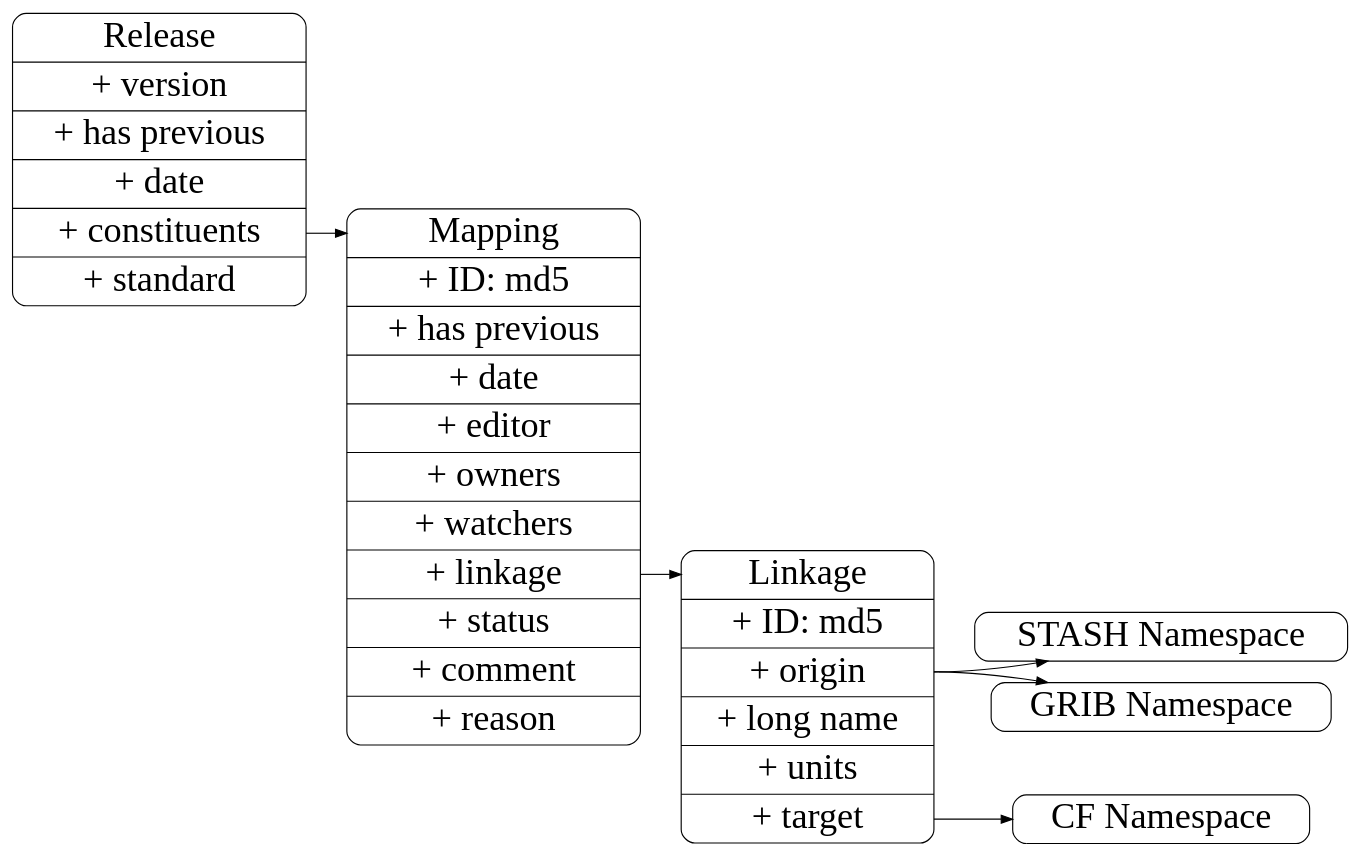
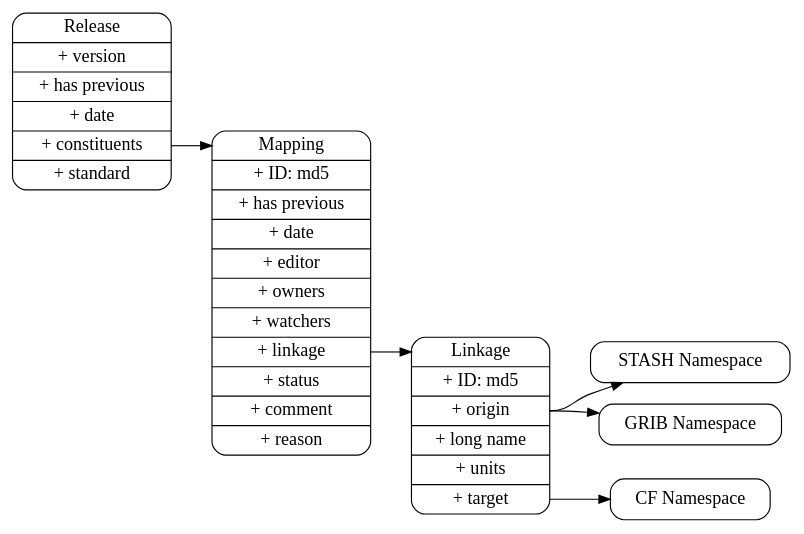
Before and after one commit to wizardstoy/docs: the diagram in source/design/shards.dot, drawn with Graphviz. The commit also changed 1 other file, not shown here.

Commit message:
decreased the fontsize by half to make the images in better proportion to the page.

```diff
--- a/source/design/shards.dot
+++ b/source/design/shards.dot
@@ -1,55 +1,55 @@
 digraph shards {
 
 ## basic setup 
 
    	rankdir = LR;
         node [
-        fontsize = 32,
+        fontsize = 16,
         shape = Mrecord
         ];
 
         edge [
-        fontsize = 24
+        fontsize = 12
         ];
 
 ## class definitions
 
         mapping [
 	label = "<title> Linkage |+ ID: md5 |<origin>+ origin |+ long name |+ units|<target>+ target "
 	];
 
 	provenance [
 	label = "<title> Mapping |+ ID: md5 |+ has previous |+ date |+ editor |+ owners |+ watchers|<plink>+ linkage|+ status |+ comment|+ reason"
 	];
 
 	release [
 	label = "<title> Release |+ version|+ has previous|+ date|<con>+ constituents|+ standard"
 	];
 
 	cf [
 	label = "CF Namespace"
 	];
 
 	stash [
 	label = "STASH Namespace"
 	];
 
 	grib [
 	label = "GRIB Namespace"
 	];
 
 
 
 ## relations
 
 	provenance:plink -> mapping:title;
 
 	release:con -> provenance:title
 
 	mapping:target -> cf
 
 	mapping:origin -> stash
 
 	mapping:origin -> grib
 
 }
```
